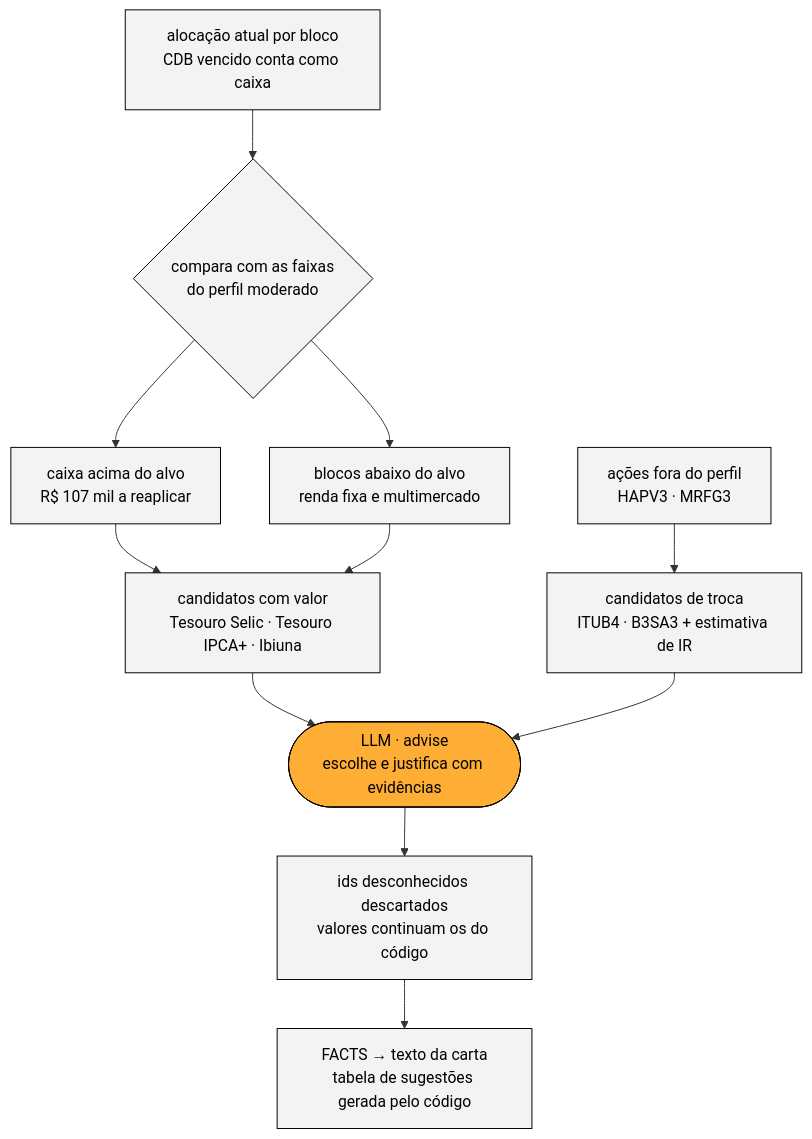
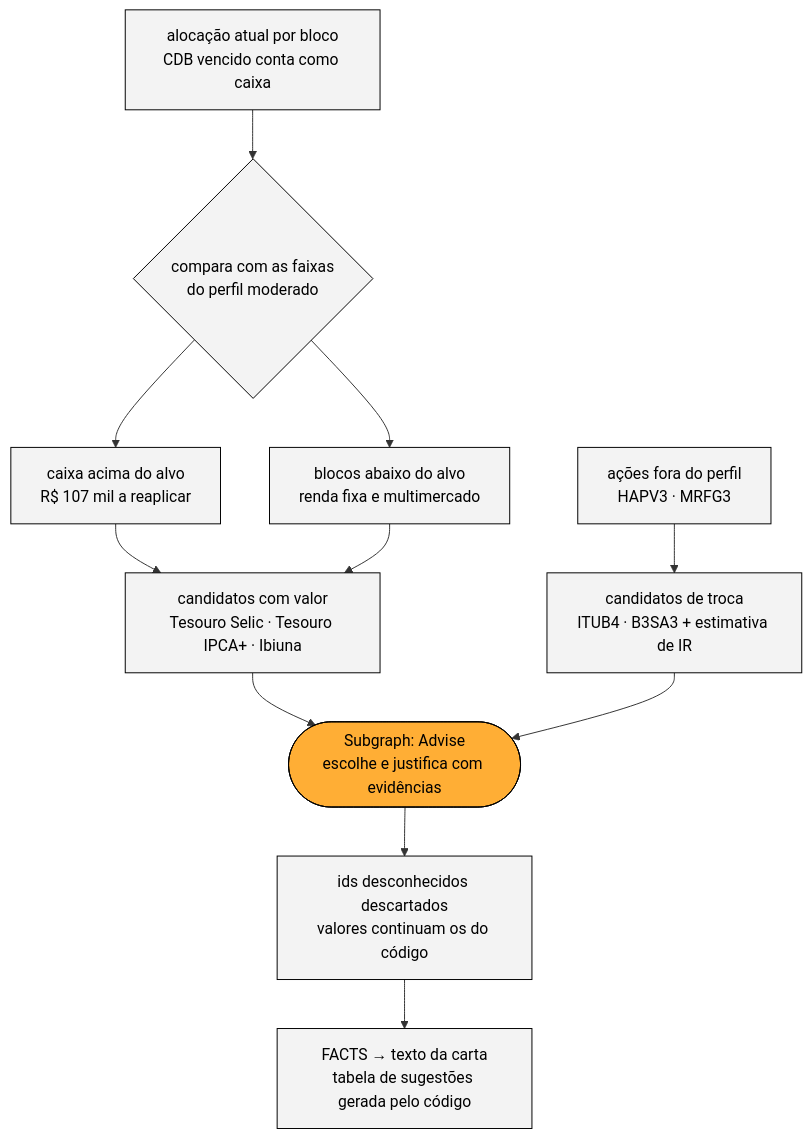
Before and after one commit to eu-adrianocarvalho/enter-challenge: the diagram in docs/03_melhorias_implementadas.md, drawn with Mermaid. The commit also changed other lines of this file and 73 other files, not shown here.

````diff
--- a/docs/03_melhorias_implementadas.md
+++ b/docs/03_melhorias_implementadas.md
@@ -42,17 +42,17 @@
 ```mermaid
 flowchart TD
   A["alocação atual por bloco<br/>CDB vencido conta como caixa"] --> B{"compara com as faixas<br/>do perfil moderado"}
   B --> C["caixa acima do alvo<br/>R$ 107 mil a reaplicar"]
   B --> D["blocos abaixo do alvo<br/>renda fixa e multimercado"]
   C --> E["candidatos com valor<br/>Tesouro Selic · Tesouro IPCA+ · Ibiuna"]
   D --> E
   F["ações fora do perfil<br/>HAPV3 · MRFG3"] --> G["candidatos de troca<br/>ITUB4 · B3SA3 + estimativa de IR"]
-  E --> H(["LLM · advise<br/>escolhe e justifica com evidências"])
+  E --> H(["Subgraph: Advise<br/>escolhe e justifica com evidências"])
   G --> H
   H --> I["ids desconhecidos descartados<br/>valores continuam os do código"]
   I --> J["FACTS → texto da carta<br/>tabela de sugestões gerada pelo código"]
   classDef rivet fill:#ffae35,stroke:#000,color:#000
   classDef code fill:#f3f3f3,stroke:#000,color:#000
   class H rivet
   class A,B,C,D,E,F,G,I,J code
 ```
````
